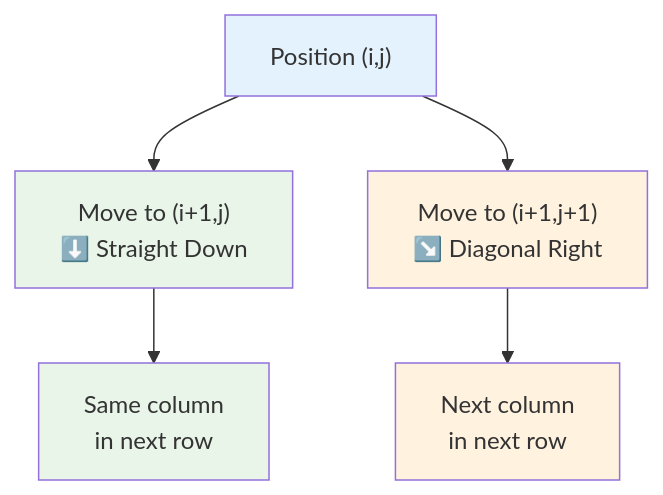
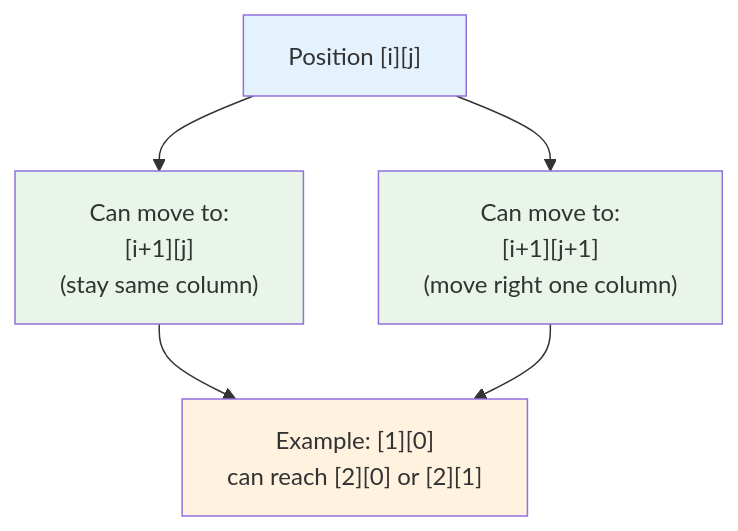
Before and after one commit to LuckyLongre123/DSA_CPP: the second of 18 diagrams in Day_042/README.md, drawn with Mermaid. The commit also changed other lines of this file and 22 other files, not shown here.

````diff
--- a/Day_042/README.md
+++ b/Day_042/README.md
@@ -75,14 +70,13 @@
 ```mermaid
 flowchart TD
-    A["Position (i,j)"] --> B["Move to (i+1,j)<br/>⬇️ Straight Down"]
-    A --> C["Move to (i+1,j+1)<br/>↘️ Diagonal Right"]
+    A["Position [i][j]"] --> B["Can move to:<br/>[i+1][j]<br/>(stay same column)"]
+    A --> C["Can move to:<br/>[i+1][j+1]<br/>(move right one column)"]
     
-    B --> D["Same column<br/>in next row"]
-    C --> E["Next column<br/>in next row"]
+    B --> D["Example: [1][0]<br/>can reach [2][0] or [2][1]"]
+    C --> D
     
     style A fill:#e3f2fd
     style B fill:#e8f5e8
-    style C fill:#fff3e0
-    style D fill:#e8f5e8
-    style E fill:#fff3e0
+    style C fill:#e8f5e8
+    style D fill:#fff3e0
 ```
````
